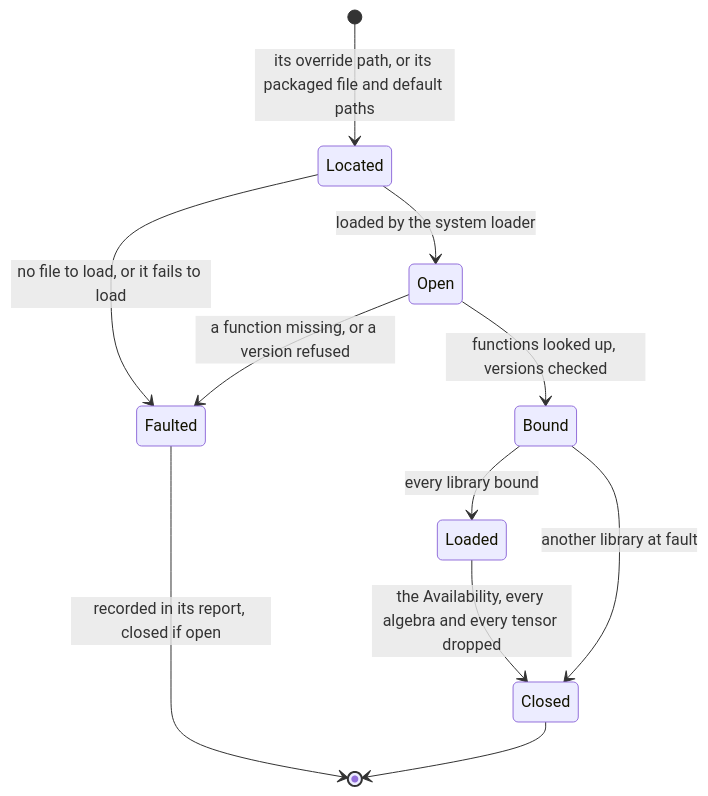
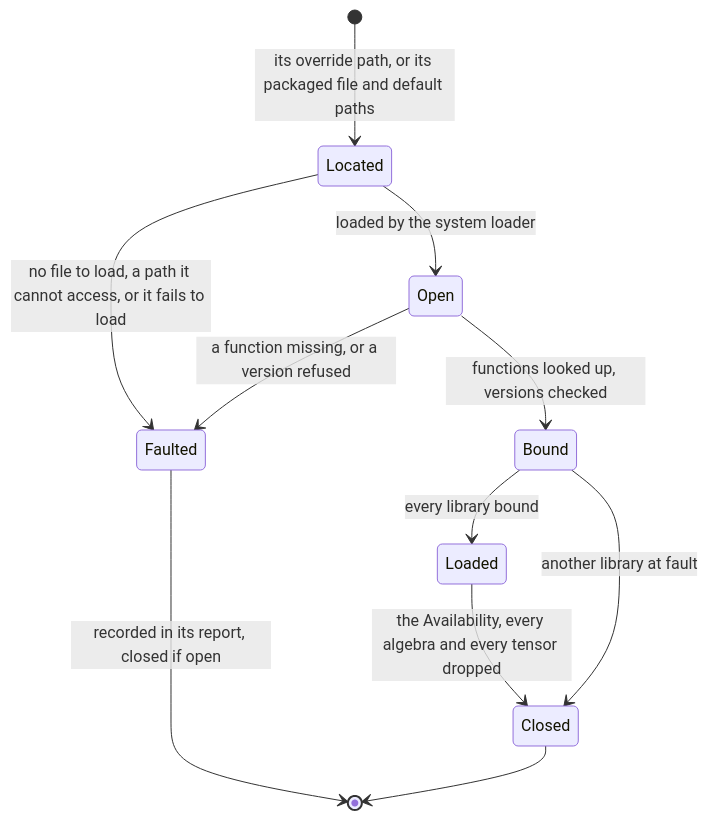
Before and after one commit to microsoft/qdk: the second of 3 diagrams in source/cutensornet/docs/loading.md, drawn with Mermaid. The commit also changed other lines of this file and 7 other files, not shown here.

First line of the commit message:
qdk_cutensornet: report a library path the process cannot access as its own fault

````diff
--- a/source/cutensornet/docs/loading.md
+++ b/source/cutensornet/docs/loading.md
@@ -47,14 +47,14 @@
 ```mermaid
 stateDiagram-v2
   direction TB
   [*] --> Located: its override path, or its packaged file and default paths
   Located --> Open: loaded by the system loader
   Open --> Bound: functions looked up, versions checked
   Bound --> Loaded: every library bound
   Loaded --> Closed: the Availability, every algebra and every tensor dropped
-  Located --> Faulted: no file to load, or it fails to load
+  Located --> Faulted: no file to load, a path it cannot access, or it fails to load
   Open --> Faulted: a function missing, or a version refused
   Bound --> Closed: another library at fault
   Faulted --> [*]: recorded in its report, closed if open
   Closed --> [*]
 ```
````
